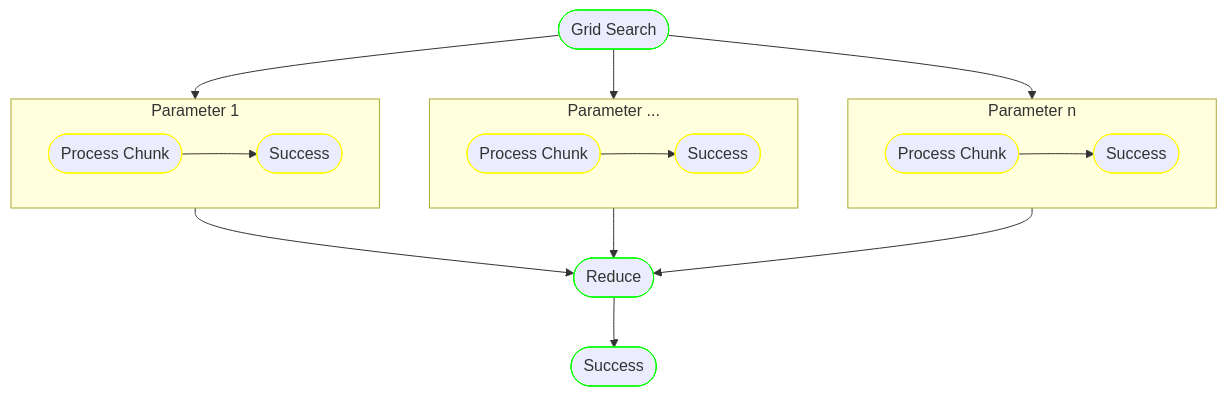
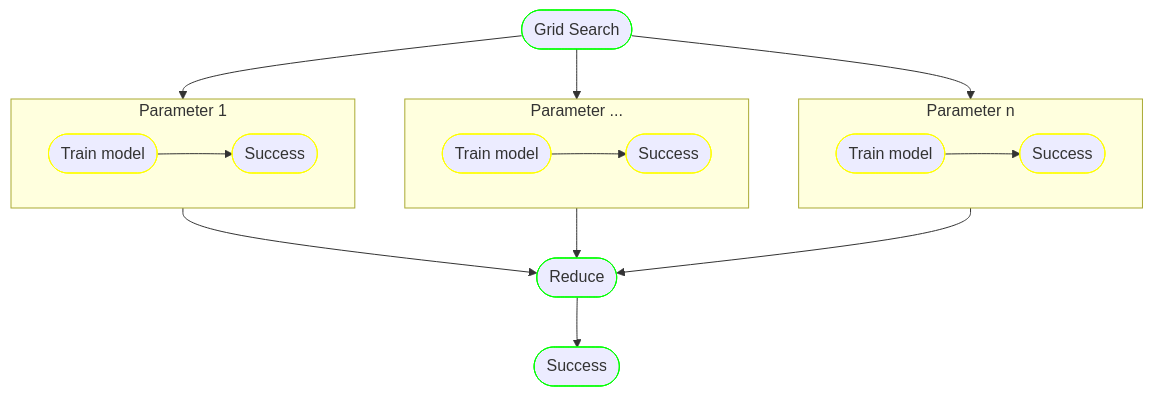
Before and after one commit to AstraZeneca/runnable: the diagram in docs/concepts/map.md, drawn with Mermaid. The commit also changed 10 other files, not shown here.

````diff
--- a/docs/concepts/map.md
+++ b/docs/concepts/map.md
@@ -9,37 +9,37 @@
 ```mermaid
     flowchart TD
     gridSearch([Grid Search]):::green
     success([Success]):::green
 
     subgraph one[Parameter 1]
-        process_chunk1([Process Chunk]):::yellow
+        process_chunk1([Train model]):::yellow
         success_chunk1([Success]):::yellow
 
         process_chunk1 --> success_chunk1
     end
 
     subgraph two[Parameter ...]
-        process_chunk2([Process Chunk]):::yellow
+        process_chunk2([Train model]):::yellow
         success_chunk2([Success]):::yellow
 
         process_chunk2 --> success_chunk2
     end
 
     subgraph three[Parameter n]
-        process_chunk3([Process Chunk]):::yellow
+        process_chunk3([Train model]):::yellow
         success_chunk3([Success]):::yellow
 
         process_chunk3 --> success_chunk3
     end
 
     reduce([Reduce]):::green
 
 
     gridSearch --> one --> reduce
     gridSearch --> two --> reduce
     gridSearch --> three --> reduce
     reduce --> success
 
     classDef yellow stroke:#FFFF00
     classDef green stroke:#0f0
 ```
````
